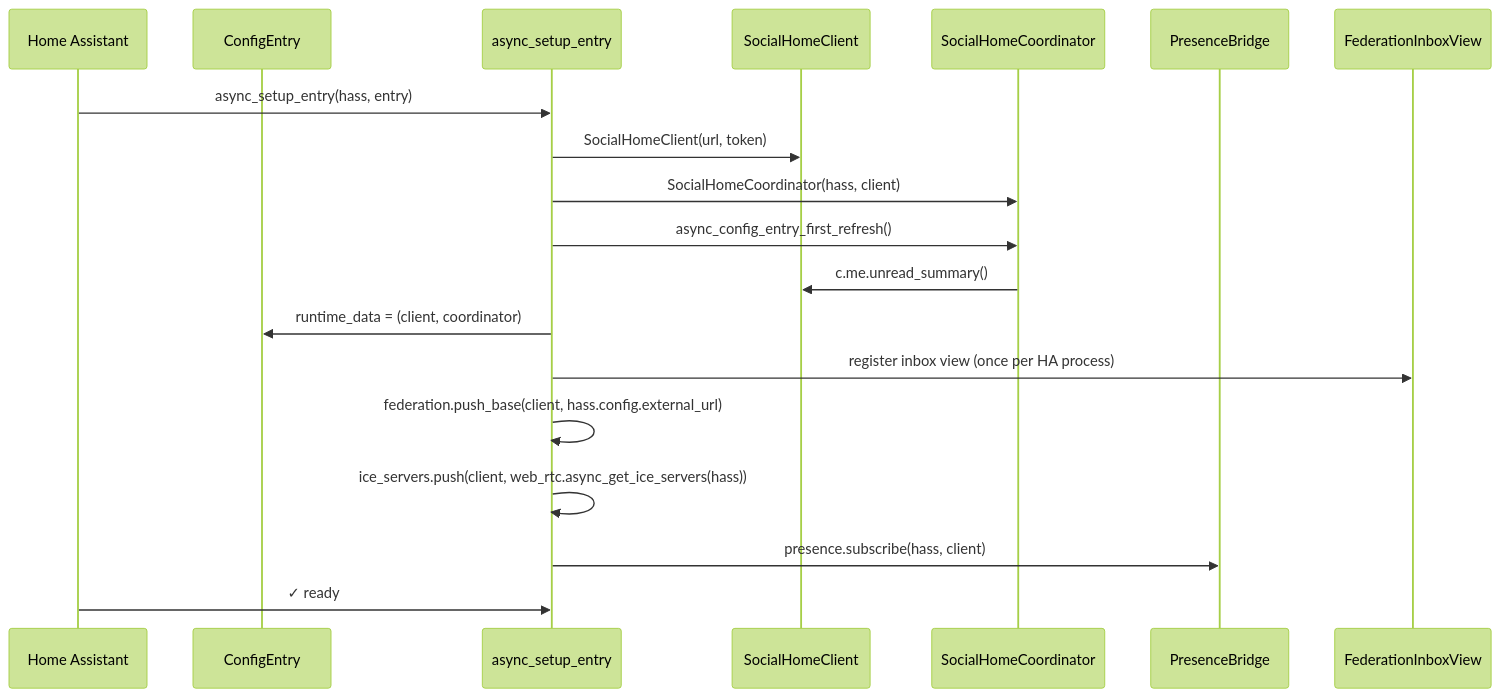
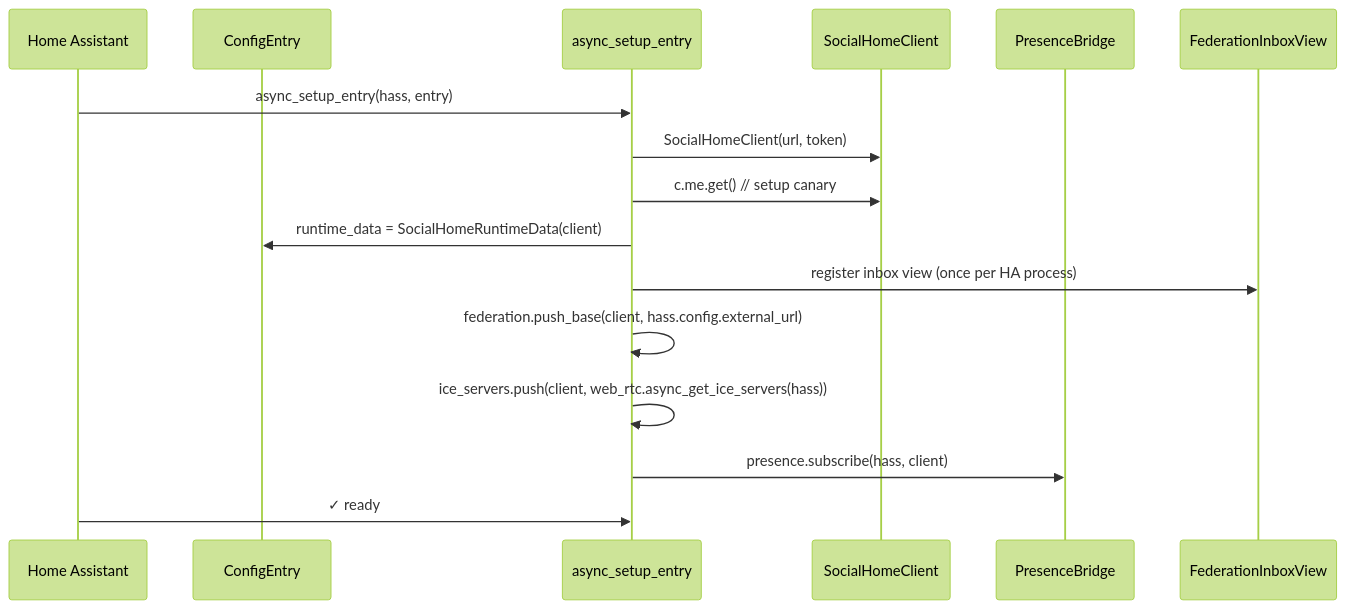
One commit to social-home-io/ha-integration changed the diagram in docs/architecture.md. Above: the diagram before and after it, drawn with Mermaid (forest theme). The commit also changed other lines of this file and 15 other files, not shown here.

````diff
--- a/docs/architecture.md
+++ b/docs/architecture.md
@@ -34,22 +35,19 @@
 ```mermaid
 sequenceDiagram
     participant HA as Home Assistant
     participant entry as ConfigEntry
     participant init as async_setup_entry
     participant client as SocialHomeClient
-    participant coord as SocialHomeCoordinator
     participant pres as PresenceBridge
     participant view as FederationInboxView
 
     HA->>init: async_setup_entry(hass, entry)
     init->>client: SocialHomeClient(url, token)
-    init->>coord: SocialHomeCoordinator(hass, client)
-    init->>coord: async_config_entry_first_refresh()
-    coord->>client: c.me.unread_summary()
-    init->>entry: runtime_data = (client, coordinator)
+    init->>client: c.me.get()  // setup canary
+    init->>entry: runtime_data = SocialHomeRuntimeData(client)
     init->>view: register inbox view (once per HA process)
     init->>init: federation.push_base(client, hass.config.external_url)
     init->>init: ice_servers.push(client, web_rtc.async_get_ice_servers(hass))
     init->>pres: presence.subscribe(hass, client)
     HA->>init: ✓ ready
 ```
````
